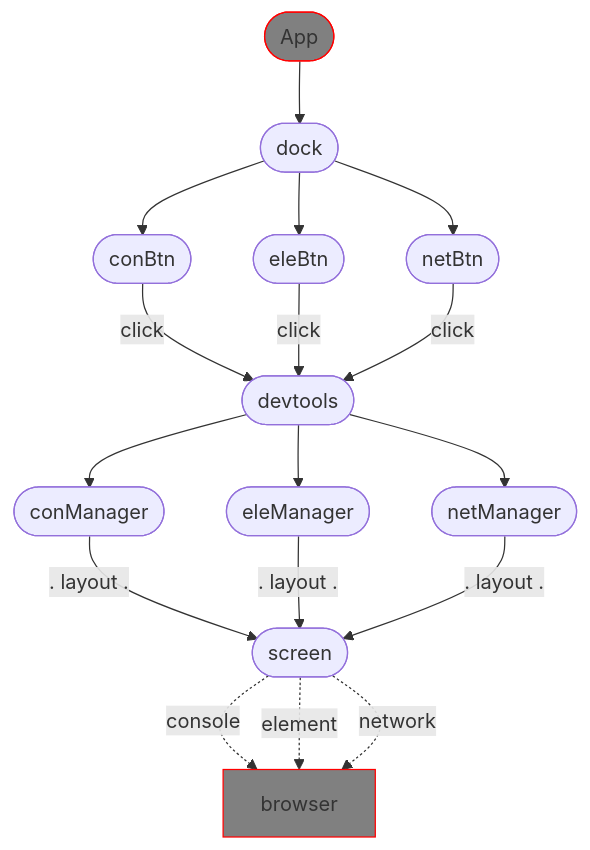
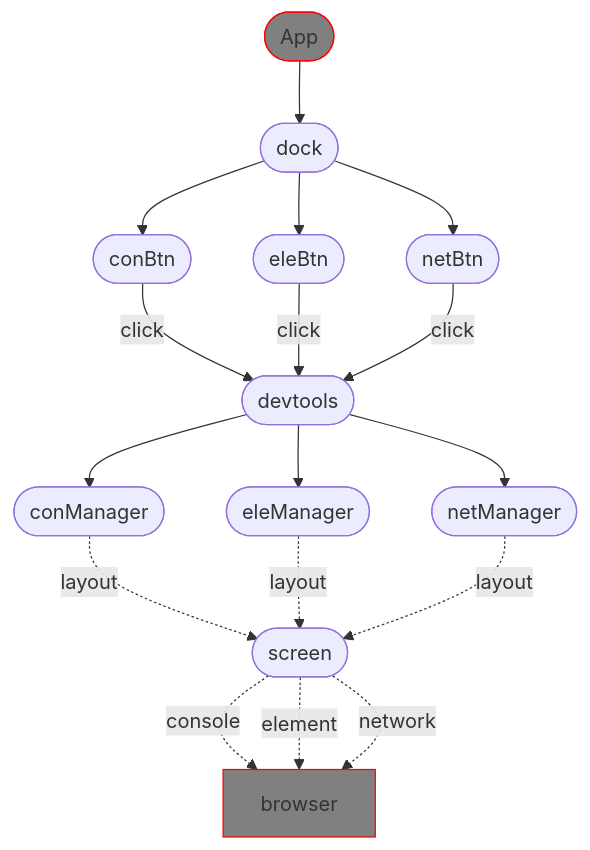
The first of 2 diagrams in README.md (moo-m/MDev), drawn with Mermaid before and after one commit.

````diff
--- a/README.md
+++ b/README.md
@@ -91,45 +91,45 @@
 ```mermaid
 flowchart TB
 
 app([App])
 
 dock([dock])
 
 app --> dock
 
 conBtn([conBtn])
 eleBtn([eleBtn])
 netBtn([netBtn])
 
 dock --> conBtn
 dock --> eleBtn
 dock --> netBtn
 
 devtools([devtools])
 
 conBtn --> |click| devtools
 eleBtn --> |click| devtools
 netBtn --> |click| devtools
 
 conManager([conManager])
 eleManager([eleManager])
 netManager([netManager])
 
 devtools --> conManager
 devtools --> eleManager
 devtools --> netManager
 
 screen([screen])
 
-conManager --. layout .--> screen
-eleManager --. layout .--> screen
-netManager --. layout .--> screen
+conManager -. layout .-> screen
+eleManager -. layout .-> screen
+netManager -. layout .-> screen
 
 screen -.->|console| browser[browser]
 screen -.->|element| browser[browser]
 screen -.->|network| browser[browser]
 
 style app fill:gray,stroke:red
 style browser fill:gray,stroke:red
 
 ```
````
